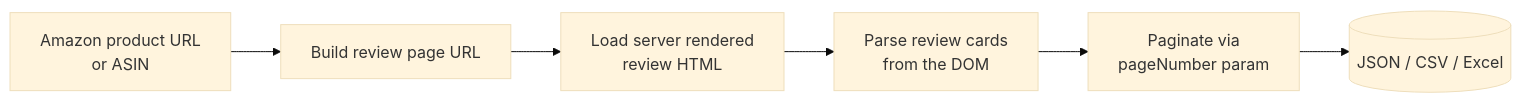
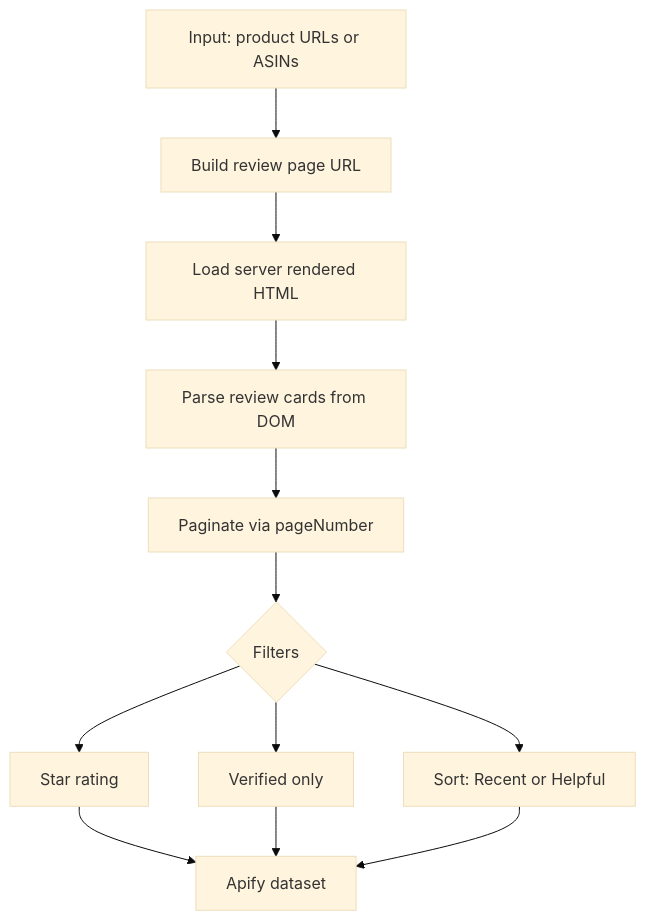
One commit to Ken-Mutisya/scrapemint changed the second of 3 diagrams in actors/amazon-review-intelligence/README.md. Above: the diagram before and after it, drawn with Mermaid (base theme). The commit also changed other lines of this file and 3 other files, not shown here.

First line of the commit message:
Tighten Reddit, HN, Product Hunt, and Amazon READMEs for organic search

````diff
--- a/actors/amazon-review-intelligence/README.md
+++ b/actors/amazon-review-intelligence/README.md
@@ -34,8 +36,12 @@
 ```mermaid
-flowchart LR
-    A[Amazon product URL<br/>or ASIN] --> B[Build review page URL]
-    B --> C[Load server rendered<br/>review HTML]
-    C --> D[Parse review cards<br/>from the DOM]
-    D --> E[Paginate via<br/>pageNumber param]
-    E --> F[(JSON / CSV / Excel)]
+flowchart TD
+    A[Input: product URLs or ASINs] --> B[Build review page URL]
+    B --> C[Load server rendered HTML]
+    C --> D[Parse review cards from DOM]
+    D --> E[Paginate via pageNumber]
+    E --> F{Filters}
+    F --> G[Star rating]
+    F --> H[Verified only]
+    F --> I[Sort: Recent or Helpful]
+    G & H & I --> J[Apify dataset]
 ```
````
